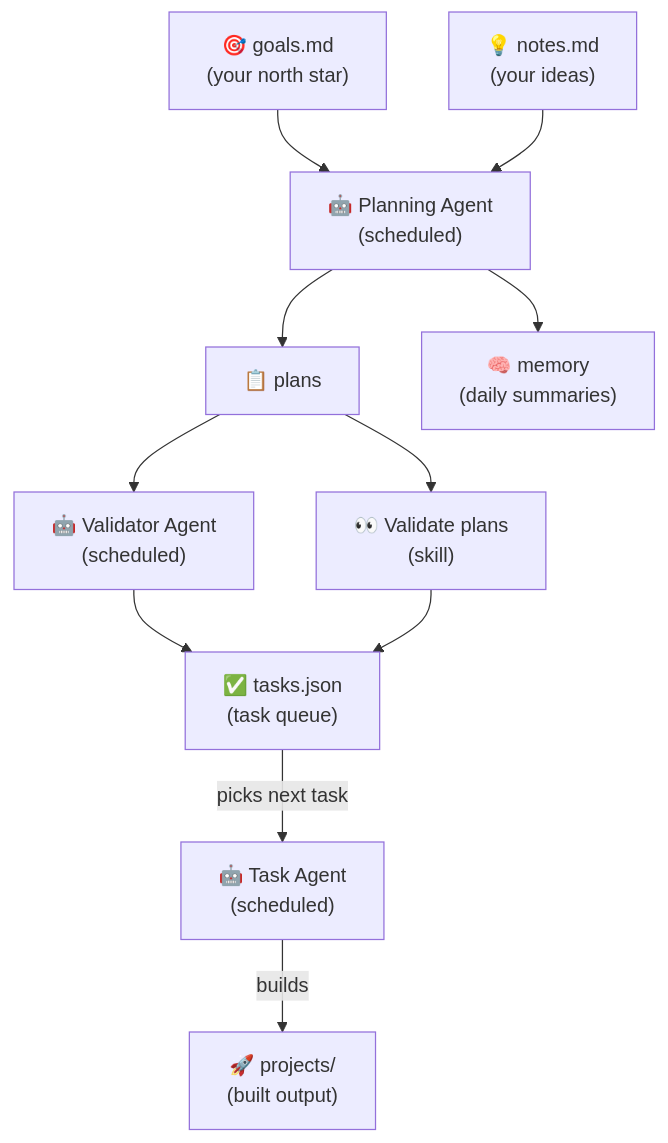
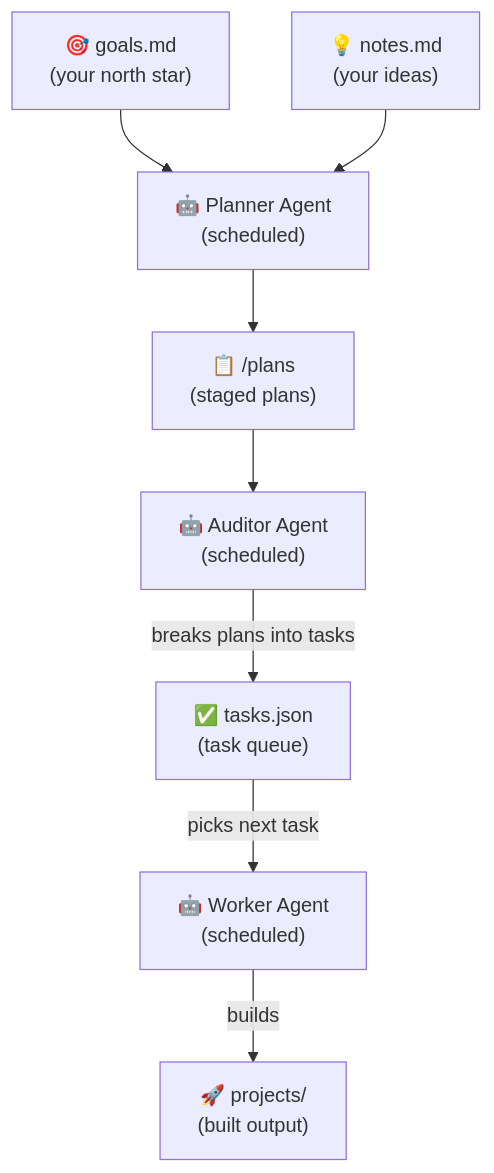
Before and after one commit to ben-rogerson/rawrbot: the diagram in README.md, drawn with Mermaid. The commit also changed other lines of this file and 17 other files, not shown here.

````diff
--- a/README.md
+++ b/README.md
@@ -9,24 +9,20 @@
 ```mermaid
 flowchart TD
     goals["🎯 goals.md\n(your north star)"]
     notes["💡 notes.md\n(your ideas)"]
-    plans["📋 plans"]
+    plans["📋 /plans\n(staged plans)"]
     tasks["✅ tasks.json\n(task queue)"]
-    memory["🧠 memory\n(daily summaries)"]
     projects["🚀 projects/\n(built output)"]
 
-    plan["🤖 Planning Agent\n(scheduled)"] --> plans
-    plan --> memory
+    plan["🤖 Planner Agent\n(scheduled)"] --> plans
 
-    plans --> validate["🤖 Validator Agent\n(scheduled)"]
-    plans --> approve["👀 Validate plans\n(skill)"]
-    validate --> tasks
-    approve --> tasks
+    plans --> validate["🤖 Auditor Agent\n(scheduled)"]
+    validate -->|"breaks plans into tasks"| tasks
 
-    schedule["🤖 Task Agent\n(scheduled)"]
+    schedule["🤖 Worker Agent\n(scheduled)"]
     tasks -->|"picks next task"| schedule
     schedule -->|"builds"| projects
 
     goals --> plan
     notes --> plan
 ```
````
